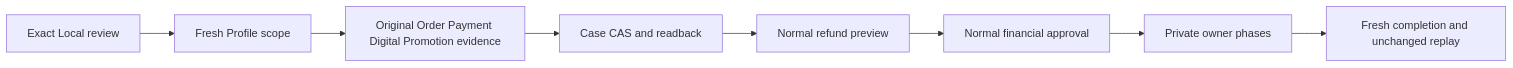
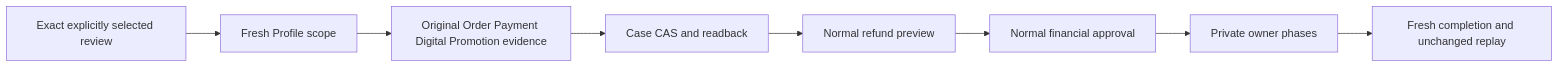
Before and after one commit to Nodics/nodics.ai: the diagram in nodics.commerce/modules/checkout/modules/order/llm/contracts/manual-purchase-review-contract.md, drawn with Mermaid. The commit also changed other lines of this file and 886 other files, not shown here.

````diff
--- a/nodics.commerce/modules/checkout/modules/order/llm/contracts/manual-purchase-review-contract.md
+++ b/nodics.commerce/modules/checkout/modules/order/llm/contracts/manual-purchase-review-contract.md
@@ -122,10 +132,10 @@
 ```mermaid
 flowchart LR
-  Review[Exact Local review] --> Scope[Fresh Profile scope]
+  Review[Exact explicitly selected review] --> Scope[Fresh Profile scope]
   Scope --> Owners[Original Order Payment Digital Promotion evidence]
   Owners --> Audit[Case CAS and readback]
   Audit --> Preview[Normal refund preview]
   Preview --> Approval[Normal financial approval]
   Approval --> Phases[Private owner phases]
   Phases --> Replay[Fresh completion and unchanged replay]
 ```
````
